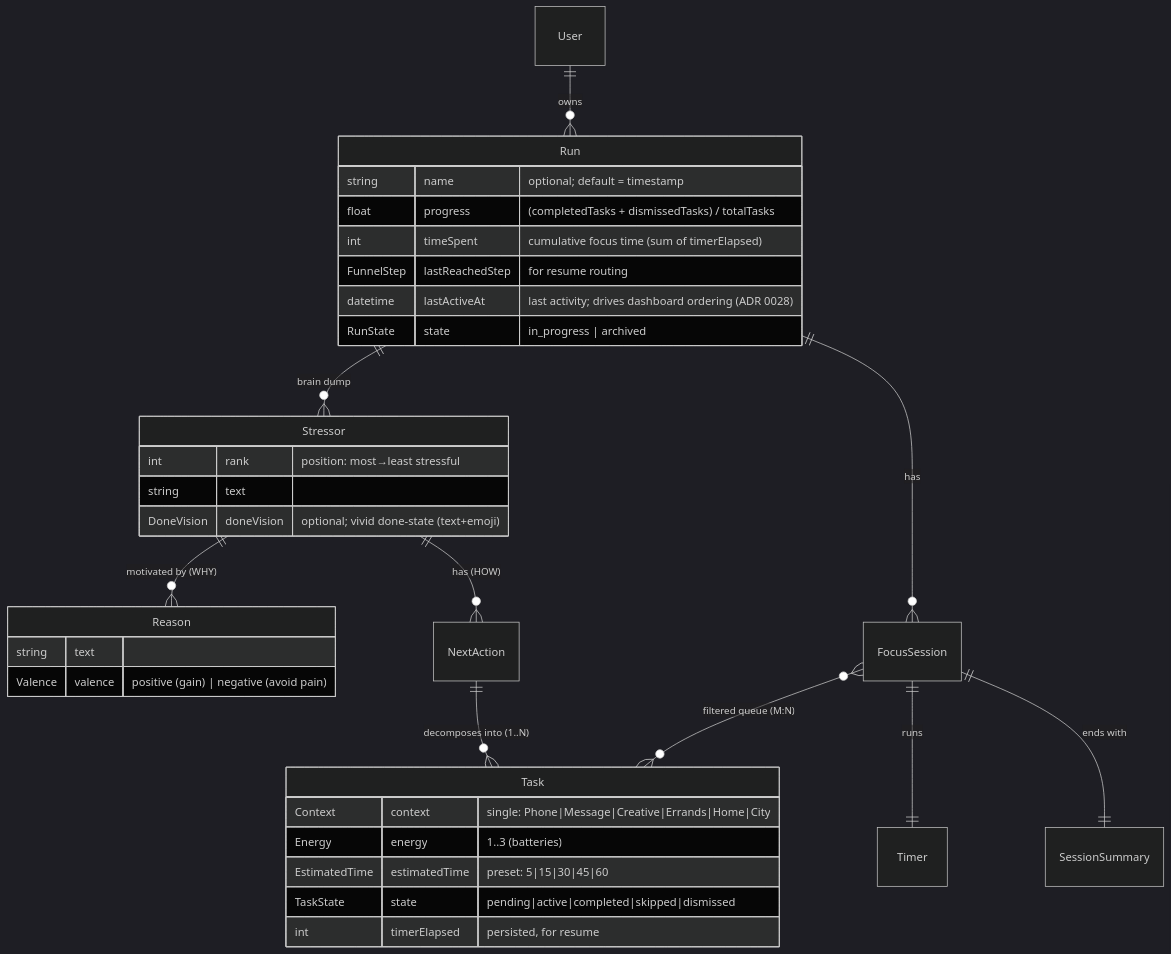
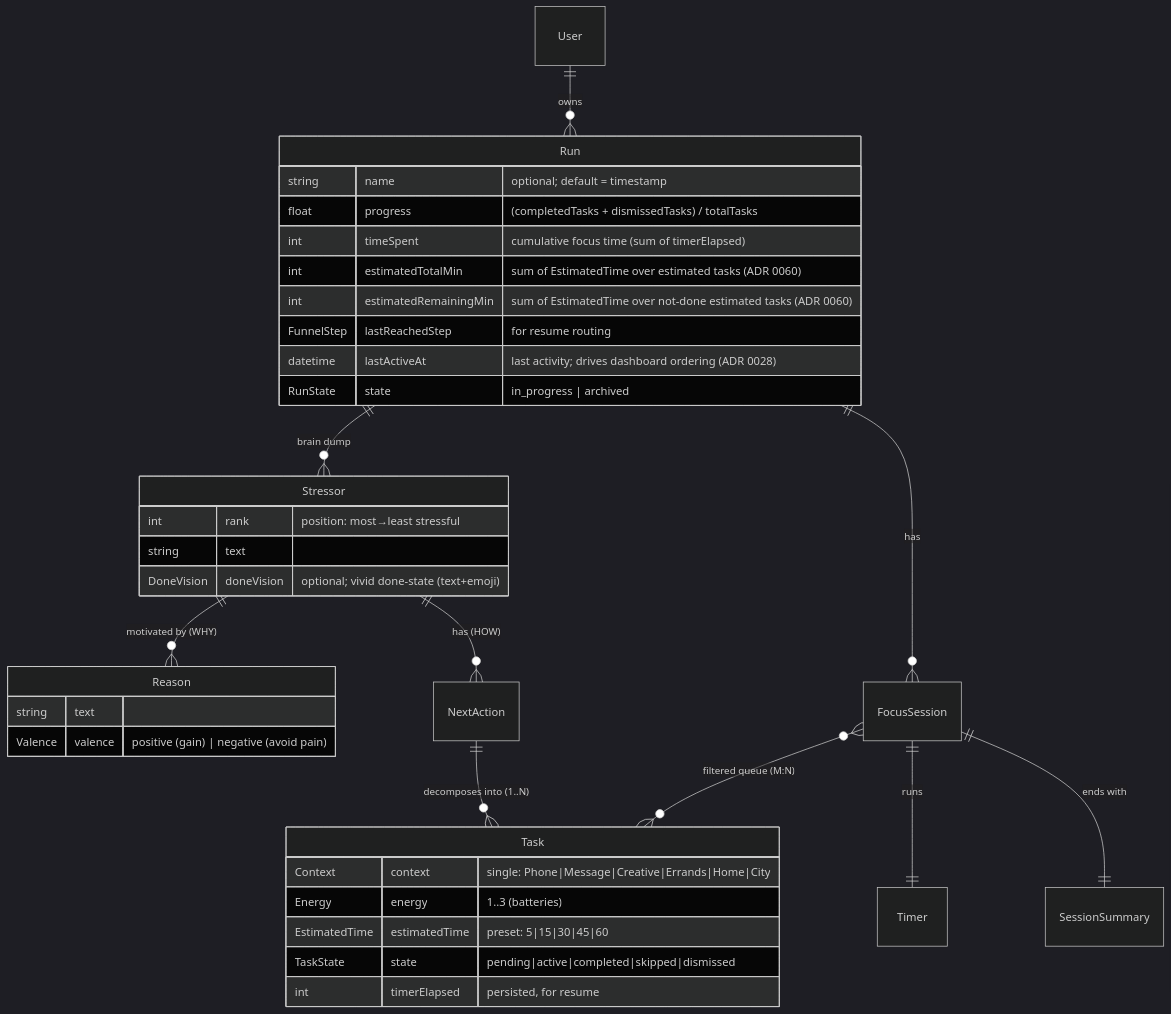
One commit to marekbrze/autowork changed the diagram in docs/ENTITY_MAP.md. Above: the diagram before and after it, drawn with Mermaid (dark theme). The commit also changed other lines of this file and 4 other files, not shown here.

First line of the commit message:
proto-detail(run): specify estimated-time totals + shared formatMinutes

````diff
--- a/docs/ENTITY_MAP.md
+++ b/docs/ENTITY_MAP.md
@@ -8,37 +8,39 @@
 ```mermaid
 erDiagram
     User ||--o{ Run : "owns"
     Run ||--o{ Stressor : "brain dump"
     Stressor ||--o{ Reason : "motivated by (WHY)"
     Stressor ||--o{ NextAction : "has (HOW)"
     NextAction ||--o{ Task : "decomposes into (1..N)"
     Run ||--o{ FocusSession : "has"
     FocusSession }o--o{ Task : "filtered queue (M:N)"
     FocusSession ||--|| Timer : "runs"
     FocusSession ||--|| SessionSummary : "ends with"
 
     Task {
         Context context "single: Phone|Message|Creative|Errands|Home|City"
         Energy energy "1..3 (batteries)"
         EstimatedTime estimatedTime "preset: 5|15|30|45|60"
         TaskState state "pending|active|completed|skipped|dismissed"
         int timerElapsed "persisted, for resume"
     }
     Stressor {
         int rank "position: most→least stressful"
         string text
         DoneVision doneVision "optional; vivid done-state (text+emoji)"
     }
     Reason {
         string text
         Valence valence "positive (gain) | negative (avoid pain)"
     }
     Run {
         string name "optional; default = timestamp"
         float progress "(completedTasks + dismissedTasks) / totalTasks"
         int timeSpent "cumulative focus time (sum of timerElapsed)"
+        int estimatedTotalMin "sum of EstimatedTime over estimated tasks (ADR 0060)"
+        int estimatedRemainingMin "sum of EstimatedTime over not-done estimated tasks (ADR 0060)"
         FunnelStep lastReachedStep "for resume routing"
         datetime lastActiveAt "last activity; drives dashboard ordering (ADR 0028)"
         RunState state "in_progress | archived"
     }
 ```
````
